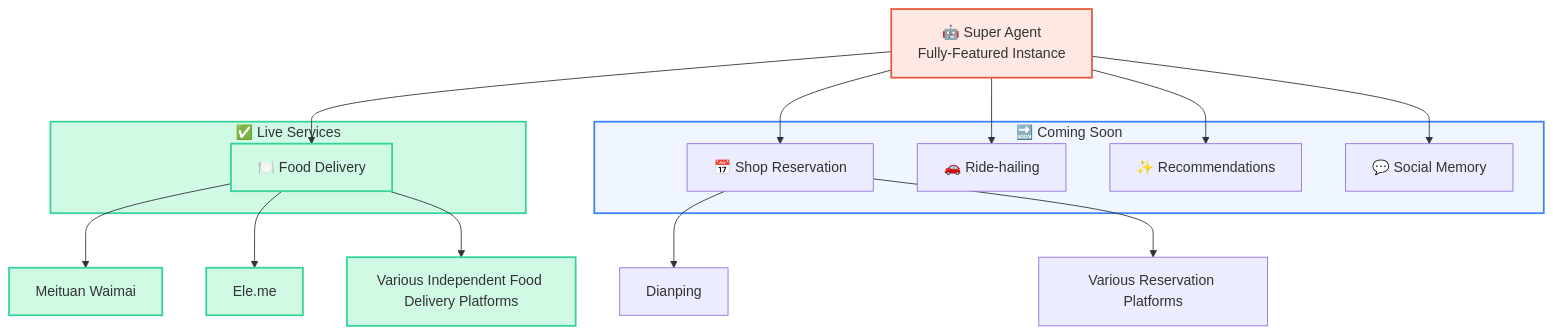
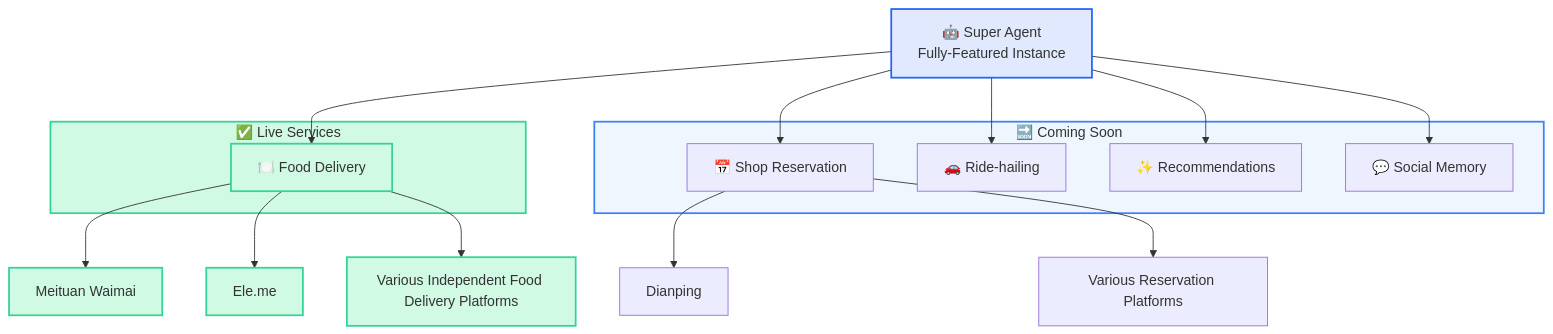
Before and after one commit to clawdot/docs: the first of 4 diagrams in en/super-agent/capabilities.mdx, drawn with Mermaid. The commit also changed other lines of this file and 43 other files, not shown here.

````diff
--- a/en/super-agent/capabilities.mdx
+++ b/en/super-agent/capabilities.mdx
@@ -11,36 +11,36 @@
 ```mermaid
 graph TB
   Agent["🤖 Super Agent<br/>Fully-Featured Instance"]
 
   subgraph Live["✅ Live Services"]
     FD["🍽️ Food Delivery"]
   end
 
   subgraph Soon["🔜 Coming Soon"]
     RES["📅 Shop Reservation"]
     RIDE["🚗 Ride-hailing"]
     REC["✨ Recommendations"]
     MEM["💬 Social Memory"]
   end
 
   Agent --> FD
   Agent --> RES
   Agent --> RIDE
   Agent --> REC
   Agent --> MEM
 
   FD --> M1["Meituan Waimai"]
   FD --> M2["Ele.me"]
   FD --> M3["Various Independent Food Delivery Platforms"]
 
   RES --> M4["Dianping"]
   RES --> M5["Various Reservation Platforms"]
 
-  style Agent fill:#fde8e4,stroke:#E8593C,stroke-width:2px
+  style Agent fill:#E1E9FE,stroke:#2564F8,stroke-width:2px
   style Live fill:#D1FAE5,stroke:#34D399,stroke-width:2px
   style Soon fill:#EFF6FF,stroke:#3B82F6,stroke-width:2px
   style FD fill:#D1FAE5,stroke:#34D399,stroke-width:2px
   style M1 fill:#D1FAE5,stroke:#34D399,stroke-width:2px
   style M2 fill:#D1FAE5,stroke:#34D399,stroke-width:2px
   style M3 fill:#D1FAE5,stroke:#34D399,stroke-width:2px
 ```
````
